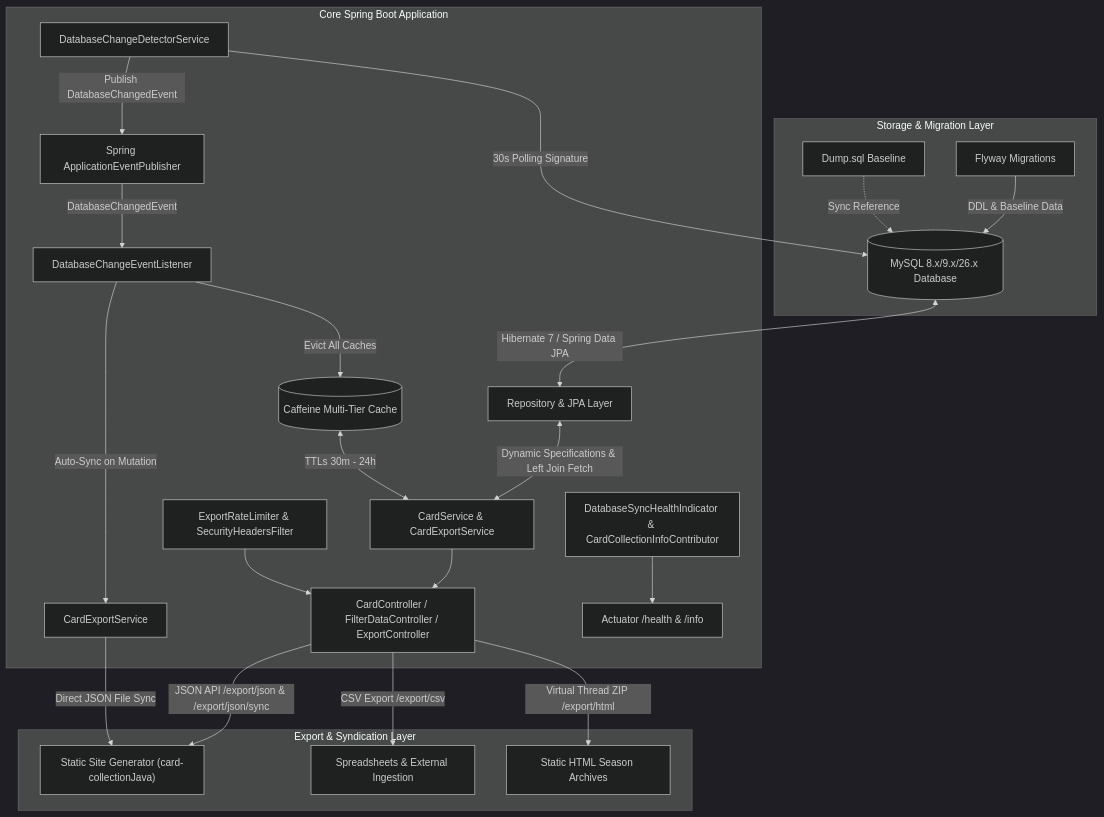
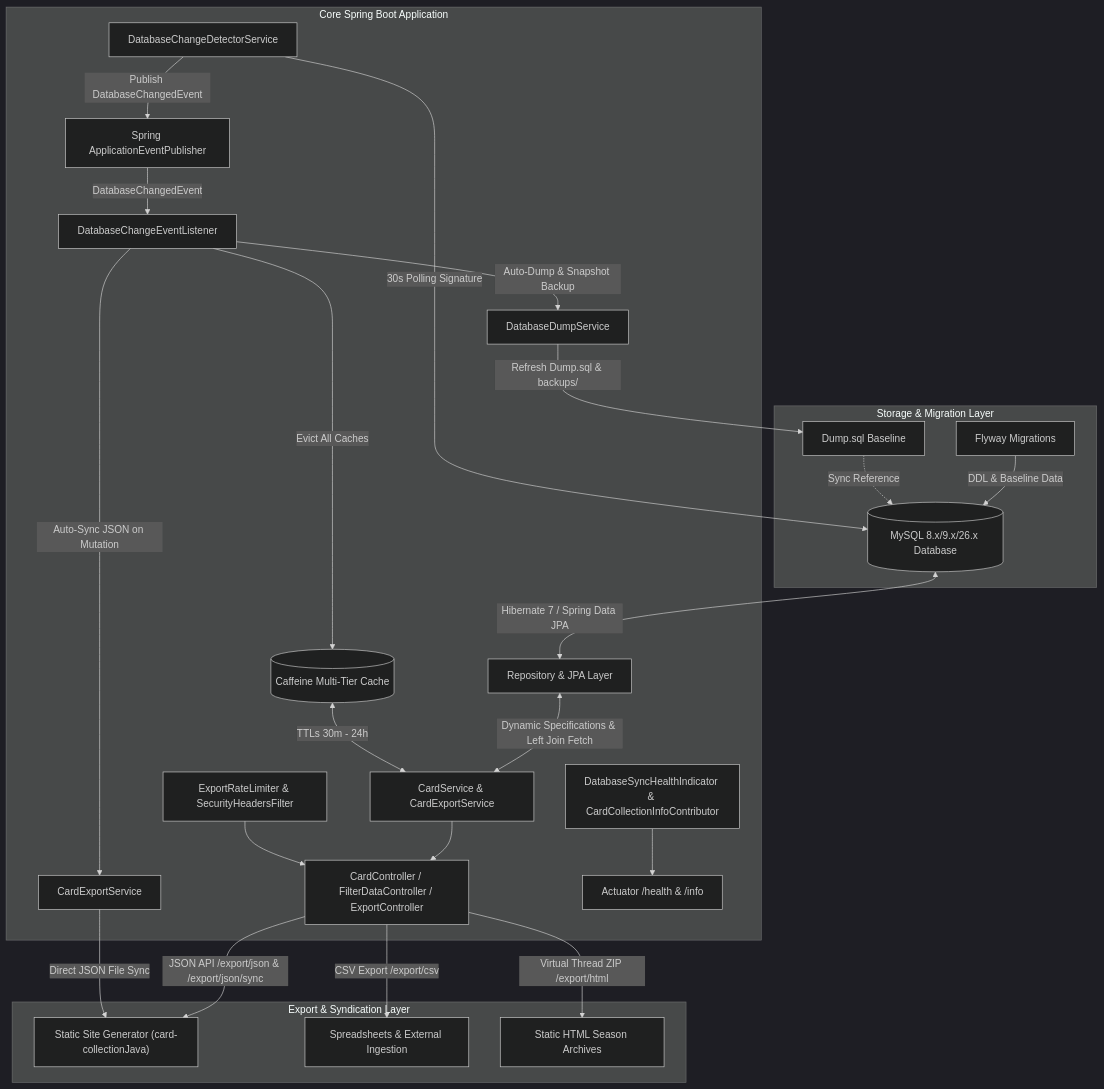
One commit to AndreasBild/card-collection changed the first of 5 diagrams in ARCHITECTURE.md. Above: the diagram before and after it, drawn with Mermaid (dark theme). The commit also changed 10 other files, not shown here.

Commit message:
feat(dump): add automated live database dump sync and rolling backups

````diff
--- a/ARCHITECTURE.md
+++ b/ARCHITECTURE.md
@@ -9,28 +9,30 @@
 ```mermaid
 graph TD
     subgraph Storage & Migration Layer
         FW[Flyway Migrations] -->|DDL & Baseline Data| DB[(MySQL 8.x/9.x/26.x Database)]
         DUMP[Dump.sql Baseline] -.->|Sync Reference| DB
     end
 
     subgraph Core Spring Boot Application
         DB <-->|Hibernate 7 / Spring Data JPA| REPO[Repository & JPA Layer]
         REPO <-->|Dynamic Specifications & Left Join Fetch| SRV[CardService & CardExportService]
         CACHE[(Caffeine Multi-Tier Cache)] <-->|TTLs 30m - 24h| SRV
         DETECTOR[DatabaseChangeDetectorService] -->|30s Polling Signature| DB
         DETECTOR -->|Publish DatabaseChangedEvent| BUS[Spring ApplicationEventPublisher]
         BUS -->|DatabaseChangedEvent| LISTENER[DatabaseChangeEventListener]
         LISTENER -->|Evict All Caches| CACHE
-        LISTENER -->|Auto-Sync on Mutation| EXP[CardExportService]
+        LISTENER -->|Auto-Sync JSON on Mutation| EXP[CardExportService]
+        LISTENER -->|Auto-Dump & Snapshot Backup| DUMPSRV[DatabaseDumpService]
+        DUMPSRV -->|Refresh Dump.sql & backups/| DUMP
         SRV --> CTRL[CardController / FilterDataController / ExportController]
         LIMITER[ExportRateLimiter & SecurityHeadersFilter] --> CTRL
         HEALTH[DatabaseSyncHealthIndicator & CardCollectionInfoContributor] --> ACT[Actuator /health & /info]
     end
 
     subgraph Export & Syndication Layer
         CTRL -->|JSON API /export/json & /export/json/sync| SSG["Static Site Generator (card-collectionJava)"]
         EXP -->|Direct JSON File Sync| SSG
         CTRL -->|CSV Export /export/csv| CSV[Spreadsheets & External Ingestion]
         CTRL -->|Virtual Thread ZIP /export/html| HTML[Static HTML Season Archives]
     end
 ```
````
